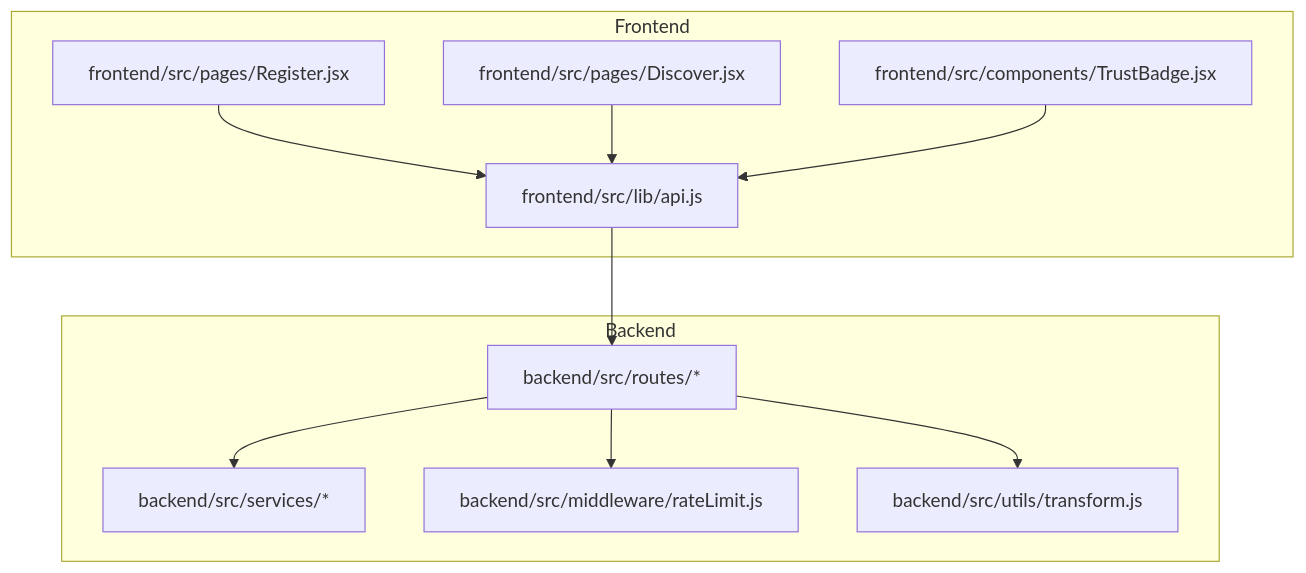
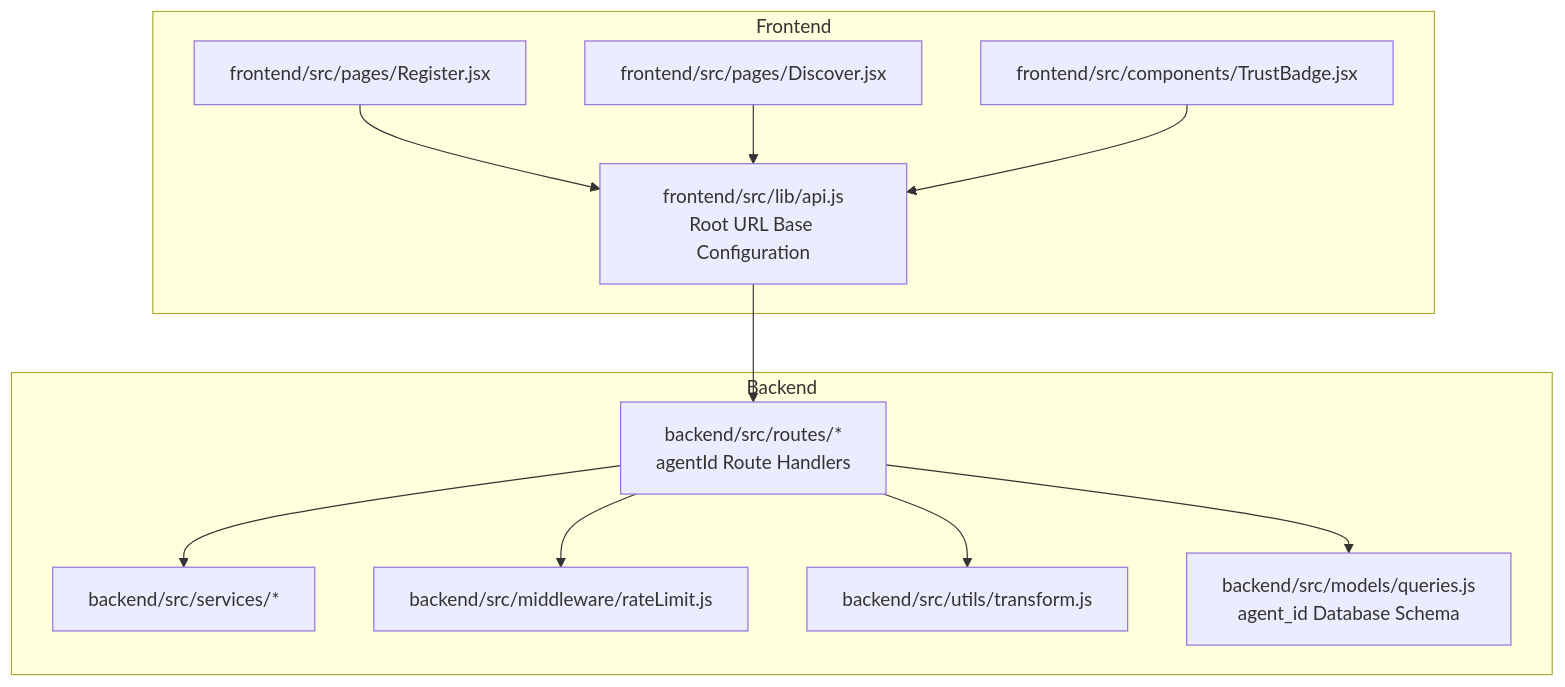
Before and after one commit to RunTimeAdmin/AgentID: the first of 10 diagrams in .qoder/repowiki/en/content/Frontend Application/API Integration.md, drawn with Mermaid. The commit also changed other lines of this file and 31 other files, not shown here.

````diff
--- a/.qoder/repowiki/en/content/Frontend Application/API Integration.md
+++ b/.qoder/repowiki/en/content/Frontend Application/API Integration.md
@@ -43,22 +53,24 @@
 ```mermaid
 graph TB
 subgraph "Frontend"
-FE_API["frontend/src/lib/api.js"]
+FE_API["frontend/src/lib/api.js<br/>Root URL Base Configuration"]
 FE_Register["frontend/src/pages/Register.jsx"]
 FE_Discover["frontend/src/pages/Discover.jsx"]
 FE_TrustBadge["frontend/src/components/TrustBadge.jsx"]
 end
 subgraph "Backend"
-BE_Routes["backend/src/routes/*"]
+BE_Routes["backend/src/routes/*<br/>agentId Route Handlers"]
 BE_Services["backend/src/services/*"]
 BE_Middleware["backend/src/middleware/rateLimit.js"]
 BE_Utils["backend/src/utils/transform.js"]
+BE_Models["backend/src/models/queries.js<br/>agent_id Database Schema"]
 end
 FE_API --> BE_Routes
 FE_Register --> FE_API
 FE_Discover --> FE_API
 FE_TrustBadge --> FE_API
 BE_Routes --> BE_Services
 BE_Routes --> BE_Middleware
 BE_Routes --> BE_Utils
+BE_Routes --> BE_Models
 ```
````
